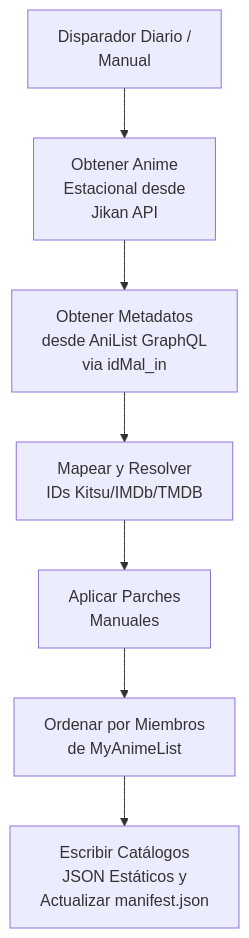
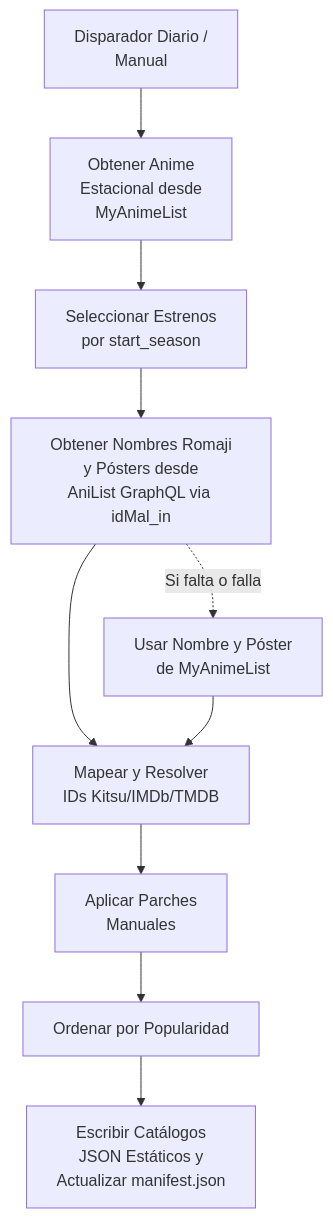
One commit to KevinAZHD/animes-season-addon changed the first of 2 diagrams in README.md. Above: the diagram before and after it, drawn with Mermaid. The commit also changed other lines of this file and 11 other files, not shown here.

Commit message:
fix: replace Jikan with MAL seasonal data

````diff
--- a/README.md
+++ b/README.md
@@ -17,9 +17,12 @@
 ```mermaid
 graph TD
-    A[Disparador Diario /<br>Manual] --> B[Obtener Anime<br>Estacional desde<br>Jikan API]
-    B --> C[Obtener Metadatos<br>desde AniList GraphQL<br>via idMal_in]
-    C --> D[Mapear y Resolver<br>IDs Kitsu/IMDb/TMDB]
-    D --> E[Aplicar Parches<br>Manuales]
-    E --> F[Ordenar por Miembros<br>de MyAnimeList]
-    F --> G[Escribir Catálogos<br>JSON Estáticos y<br>Actualizar manifest.json]
+    A[Disparador Diario /<br>Manual] --> B[Obtener Anime<br>Estacional desde<br>MyAnimeList]
+    B --> C[Seleccionar Estrenos<br>por start_season]
+    C --> D[Obtener Nombres Romaji<br>y Pósters desde<br>AniList GraphQL via idMal_in]
+    D -. Si falta o falla .-> R[Usar Nombre y Póster<br>de MyAnimeList]
+    D --> E[Mapear y Resolver<br>IDs Kitsu/IMDb/TMDB]
+    R --> E
+    E --> F[Aplicar Parches<br>Manuales]
+    F --> G[Ordenar por Popularidad]
+    G --> H[Escribir Catálogos<br>JSON Estáticos y<br>Actualizar manifest.json]
 ```
````
